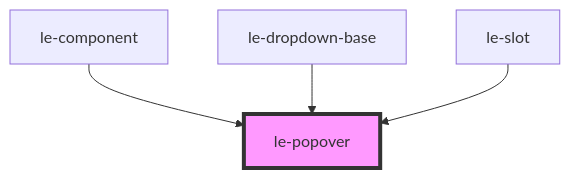
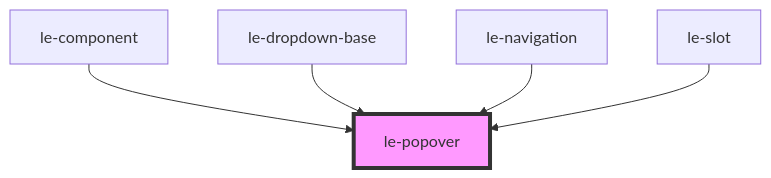
The diagram in src/components/le-popover/readme.md (leechy/le-kit), drawn with Mermaid before and after one commit. The commit also changed other lines of this file and 11 other files, not shown here.

````diff
--- a/src/components/le-popover/readme.md
+++ b/src/components/le-popover/readme.md
@@ -110,7 +111,8 @@
 ```mermaid
 graph TD;
   le-component --> le-popover
   le-dropdown-base --> le-popover
+  le-navigation --> le-popover
   le-slot --> le-popover
   style le-popover fill:#f9f,stroke:#333,stroke-width:4px
 ```
````
